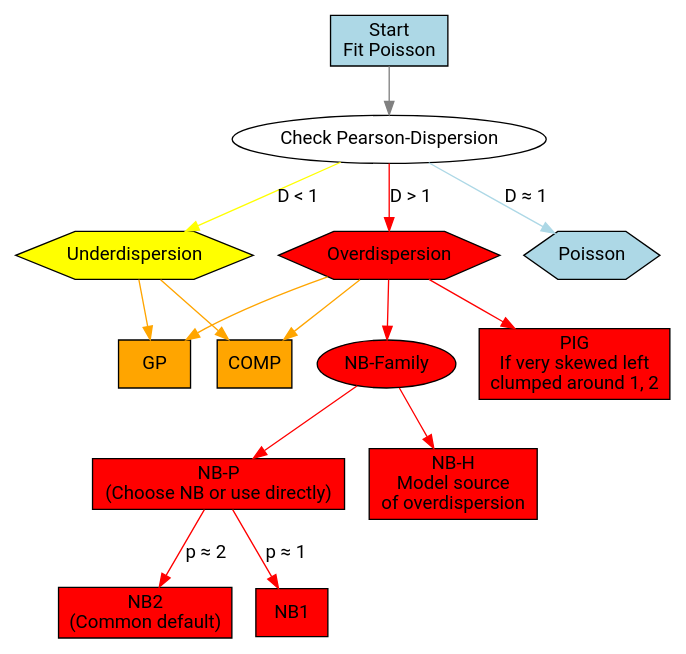
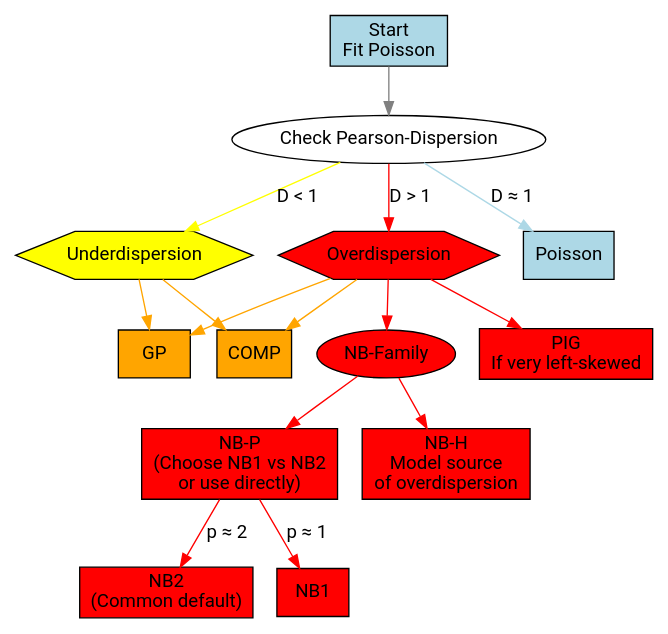
The diagram in graphs/decision-guide.dot (jemus42/poisson-regression), drawn with Graphviz before and after one commit.

Commit message:
Minor tweaks to graph

```diff
--- a/graphs/decision-guide.dot
+++ b/graphs/decision-guide.dot
@@ -1,60 +1,60 @@
 digraph decisiontree {
 
 graph [layout = dot]
 
 ################################
 #### Global node attributes ####
 ################################
 node [shape = rectangle,
       style = filled,
       color = black,
       fontname = "Roboto"]
 edge [fontname = "Roboto"]
 
 node [fillcolor = white]
 start [label = "Start\nFit Poisson",
        shape = rectangle,
        fillcolor = "lightblue"]
 
 ################################
 #### First step             ####
 ################################
 node [fillcolor = white]
 checkdisp [label = "Check Pearson-Dispersion", shape = oval]
 
 ud [label = "Underdispersion", fillcolor = "yellow", shape = hexagon]
-pois [label = "Poisson", fillcolor = lightblue, shape = hexagon]
+pois [label = "Poisson", fillcolor = lightblue, shape = rectangle]
 od [label = "Overdispersion", fillcolor = "red", shape = hexagon]
 
 node [fillcolor = orange]
 
 edge [color = grey]
 start -> checkdisp [label = ""]
 checkdisp -> ud [label = "D < 1", color = yellow]
 checkdisp -> pois [label = "D ≈ 1", color = lightblue]
 checkdisp -> od [label = "D > 1", color = red]
 
 node []
 # se_adjust [label = "Adjust SE", color = lightblue]
 nb2 [label = "NB2\n(Common default)", fillcolor = red]
-pig [label = "PIG\nIf very skewed left\nclumped around 1, 2", fillcolor = red]
+pig [label = "PIG\nIf very left-skewed", fillcolor = red]
 cmp [label = "COMP", fillcolor = orange]
 gpois [label = "GP", fillcolor = orange]
 
-nbp [label = "NB-P\n(Choose NB or use directly)", fillcolor = red]
+nbp [label = "NB-P\n(Choose NB1 vs NB2\nor use directly)", fillcolor = red]
 nb1 [label = "NB1", fillcolor = red]
 nbh [label = "NB-H\nModel source\nof overdispersion", fillcolor = red]
 nbfam [label = "NB-Family", fillcolor = red, shape = oval]
 
 edge [color = red]
 od -> nbfam
 nbfam -> nbp [label = ""]
 nbp -> nb1 [label = "p ≈ 1"]
 nbp -> nb2 [label = "p ≈ 2"]
 od -> pig [label = ""]
 nbfam -> nbh [label = ""]
 
 edge [color = orange]
 od, ud -> {cmp, gpois}
 
 }
```
